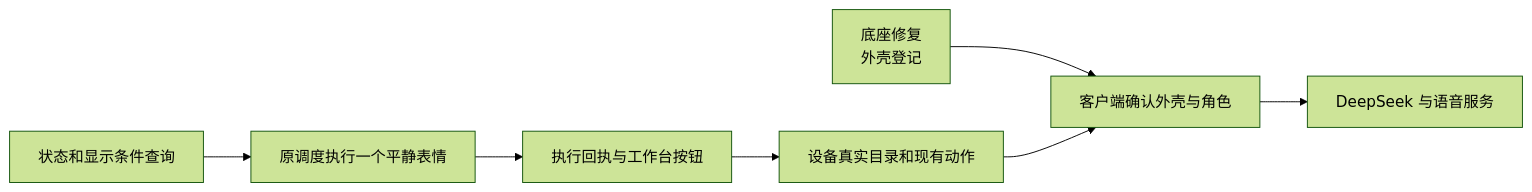
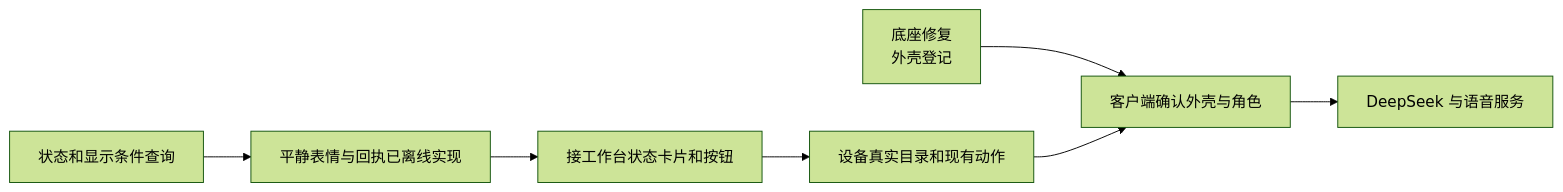
The diagram in docs/project-mainline.md (404-NOT-FOUND-ERROR/DeskBot-Hardware), drawn with Mermaid (forest theme) before and after one commit. The commit also changed other lines of this file and 28 other files, not shown here.

````diff
--- a/docs/project-mainline.md
+++ b/docs/project-mainline.md
@@ -21,9 +22,9 @@
 ```mermaid
 flowchart LR
-    A[状态和显示条件查询] --> B[原调度执行一个平静表情]
-    B --> C[执行回执与工作台按钮]
+    A[状态和显示条件查询] --> B[平静表情与回执已离线实现]
+    B --> C[接工作台状态卡片和按钮]
     C --> D[设备真实目录和现有动作]
     E[底座修复\n外壳登记] --> F[客户端确认外壳与角色]
     D --> F
     F --> G[DeepSeek 与语音服务]
 ```
````
